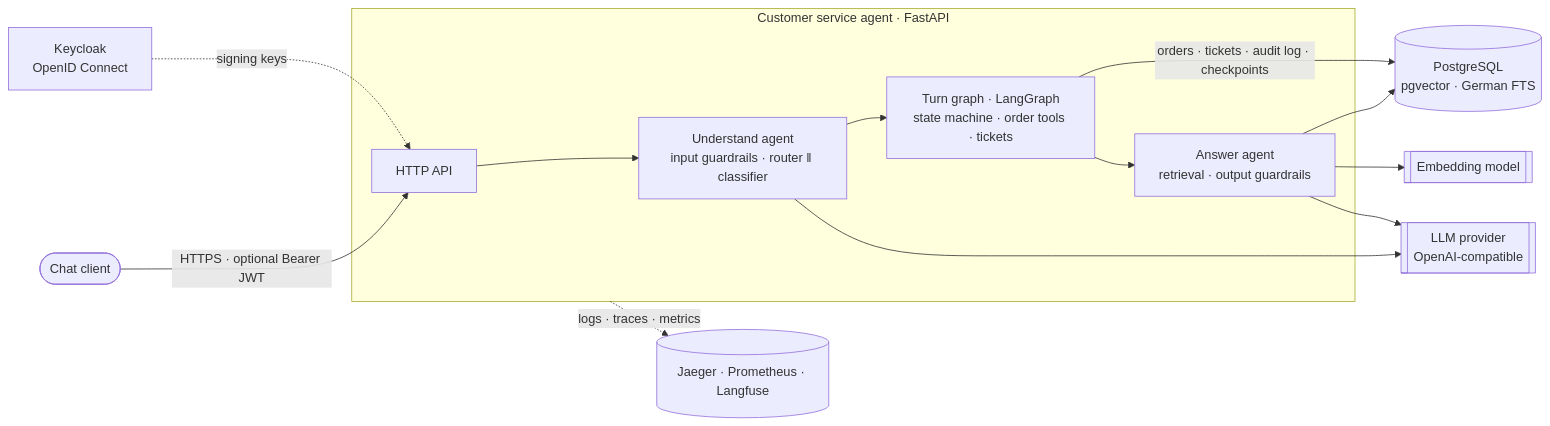
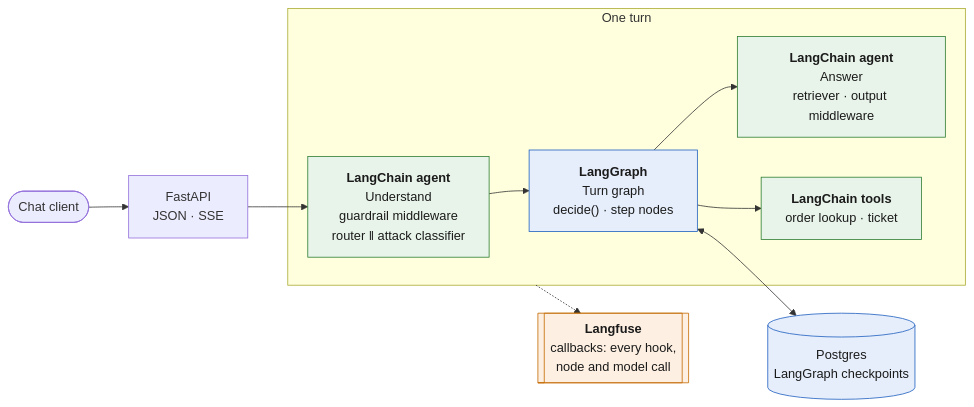
One commit to haoran-yang-henry/customer-chatbot changed the first of 3 diagrams in README.md. Above: the diagram before and after it, drawn with Mermaid. The commit also changed other lines of this file, not shown here.

First line of the commit message:
docs: README rebuilt around the LangChain, LangGraph and Langfuse architecture

````diff
--- a/README.md
+++ b/README.md
@@ -36,17 +22,24 @@
 ```mermaid
 flowchart LR
-    client([Chat client]) -- "HTTPS · optional Bearer JWT" --> api
-    idp[Keycloak<br/>OpenID Connect] -. signing keys .-> api
+    client([Chat client]) --> api[FastAPI<br/>JSON · SSE]
 
-    subgraph agent [Customer service agent · FastAPI]
-        api[HTTP API] --> understand[Understand agent<br/>input guardrails · router ‖ classifier]
-        understand --> turn[Turn graph · LangGraph<br/>state machine · order tools · tickets]
-        turn --> answer[Answer agent<br/>retrieval · output guardrails]
+    subgraph turn [One turn]
+        understand["<b>LangChain agent</b><br/>Understand<br/>guardrail middleware<br/>router ‖ attack classifier"]
+        flow["<b>LangGraph</b><br/>Turn graph<br/>decide() · step nodes"]
+        answer["<b>LangChain agent</b><br/>Answer<br/>retriever · output middleware"]
+        tools["<b>LangChain tools</b><br/>order lookup · ticket"]
+        understand --> flow --> answer
+        flow --> tools
     end
 
-    answer --> db[(PostgreSQL<br/>pgvector · German FTS)]
-    turn -- orders · tickets · audit log · checkpoints --> db
-    understand & answer --> llm[[LLM provider<br/>OpenAI-compatible]]
-    answer --> emb[[Embedding model]]
-    agent -. logs · traces · metrics .-> obs[(Jaeger · Prometheus · Langfuse)]
+    api --> understand
+    flow <--> memory[("Postgres<br/>LangGraph checkpoints")]
+    turn -.-> langfuse[["<b>Langfuse</b><br/>callbacks: every hook,<br/>node and model call"]]
+
+    classDef lc fill:#e8f4ea,stroke:#2e7d32,color:#1b1b1b
+    classDef lg fill:#e6eefb,stroke:#1f5fbf,color:#1b1b1b
+    classDef lf fill:#fdf0e2,stroke:#c46a00,color:#1b1b1b
+    class understand,answer,tools lc
+    class flow,memory lg
+    class langfuse lf
 ```
````
